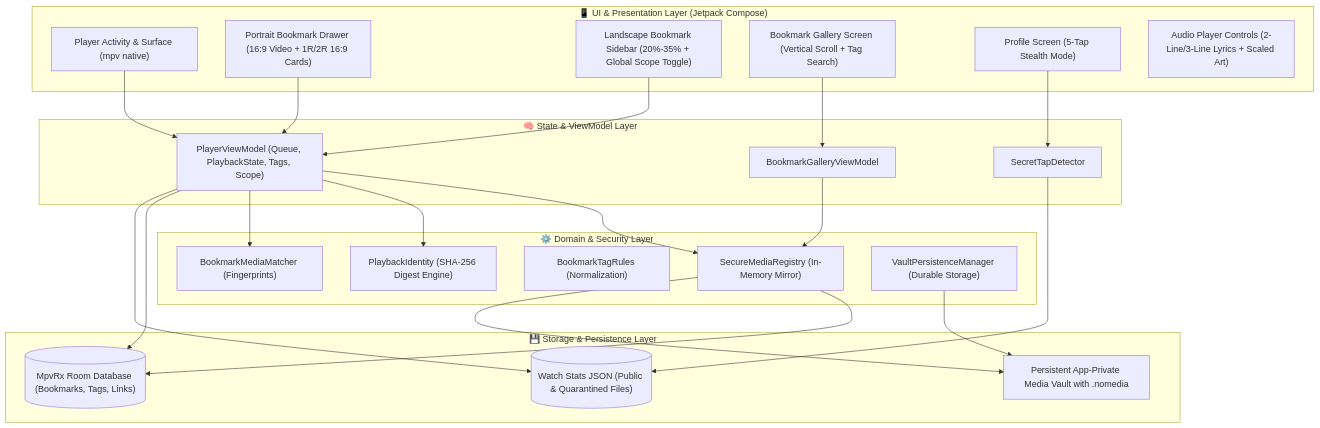
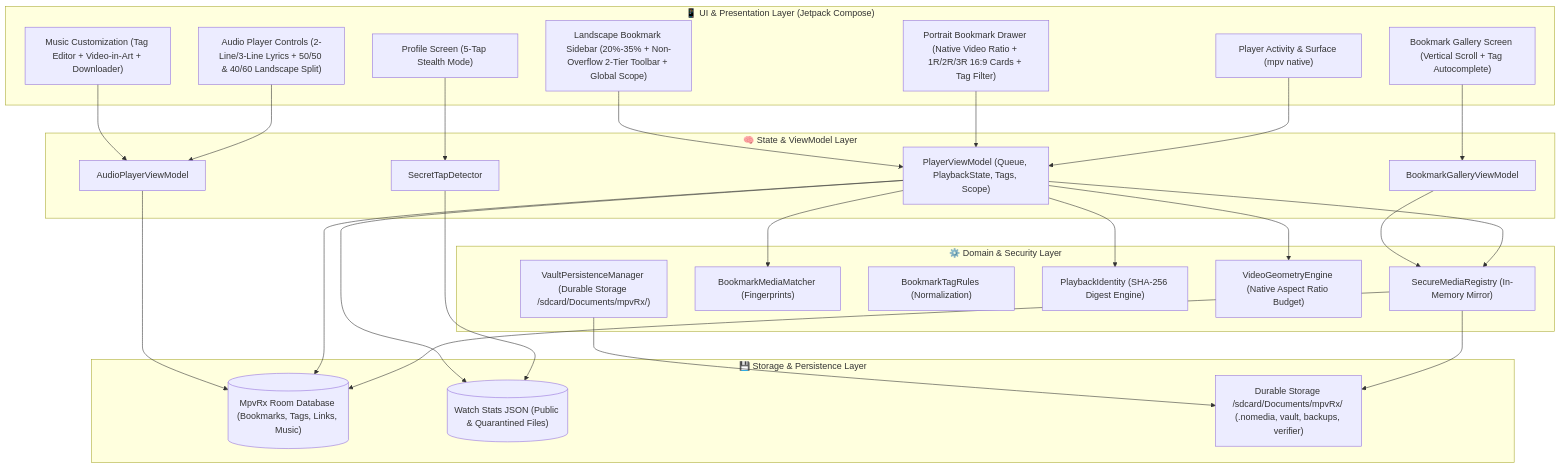
The first of 4 diagrams in docs/ARCHITECTURE.md (Mostakim2005/mpvRx), drawn with Mermaid before and after one commit. The commit also changed other lines of this file and 6 other files, not shown here.

Commit message:
docs: calibrate player geometry, persistent vault, and music customization blueprint

````diff
--- a/docs/ARCHITECTURE.md
+++ b/docs/ARCHITECTURE.md
@@ -6,49 +6,56 @@
 ```mermaid
 flowchart TB
     subgraph UI["📱 UI & Presentation Layer (Jetpack Compose)"]
         PlayerView["Player Activity & Surface (mpv native)"]
-        PortraitDrawer["Portrait Bookmark Drawer (16:9 Video + 1R/2R 16:9 Cards)"]
-        LandscapeSidebar["Landscape Bookmark Sidebar (20%-35% + Global Scope Toggle)"]
-        GalleryModal["Bookmark Gallery Screen (Vertical Scroll + Tag Search)"]
+        PortraitDrawer["Portrait Bookmark Drawer (Native Video Ratio + 1R/2R/3R 16:9 Cards + Tag Filter)"]
+        LandscapeSidebar["Landscape Bookmark Sidebar (20%-35% + Non-Overflow 2-Tier Toolbar + Global Scope)"]
+        GalleryModal["Bookmark Gallery Screen (Vertical Scroll + Tag Autocomplete)"]
         ProfileSec["Profile Screen (5-Tap Stealth Mode)"]
-        AudioUI["Audio Player Controls (2-Line/3-Line Lyrics + Scaled Art)"]
+        AudioUI["Audio Player Controls (2-Line/3-Line Lyrics + 50/50 & 40/60 Landscape Split)"]
+        MusicCustomUI["Music Customization (Tag Editor + Video-in-Art + Downloader)"]
     end
 
     subgraph State["🧠 State & ViewModel Layer"]
         PlayerVM["PlayerViewModel (Queue, PlaybackState, Tags, Scope)"]
         GalleryVM["BookmarkGalleryViewModel"]
+        AudioVM["AudioPlayerViewModel"]
         SecDetector["SecretTapDetector"]
     end
 
     subgraph Domain["⚙️ Domain & Security Layer"]
         Registry["SecureMediaRegistry (In-Memory Mirror)"]
         Matcher["BookmarkMediaMatcher (Fingerprints)"]
         TagRules["BookmarkTagRules (Normalization)"]
         Identity["PlaybackIdentity (SHA-256 Digest Engine)"]
-        Persistence["VaultPersistenceManager (Durable Storage)"]
+        Geometry["VideoGeometryEngine (Native Aspect Ratio Budget)"]
+        VaultPersistence["VaultPersistenceManager (Durable Storage /sdcard/Documents/mpvRx/)"]
     end
 
     subgraph Data["💾 Storage & Persistence Layer"]
-        RoomDB[("MpvRx Room Database (Bookmarks, Tags, Links)")]
+        RoomDB[("MpvRx Room Database (Bookmarks, Tags, Links, Music)")]
         WatchStats[("Watch Stats JSON (Public & Quarantined Files)")]
-        SecureVault["Persistent App-Private Media Vault with .nomedia"]
+        DurableVault["Durable Storage /sdcard/Documents/mpvRx/ (.nomedia, vault, backups, verifier)"]
     end
 
     PlayerView --> PlayerVM
     PortraitDrawer --> PlayerVM
     LandscapeSidebar --> PlayerVM
     GalleryModal --> GalleryVM
     ProfileSec --> SecDetector
+    AudioUI --> AudioVM
+    MusicCustomUI --> AudioVM
 
     PlayerVM --> Registry
     PlayerVM --> Identity
     PlayerVM --> Matcher
+    PlayerVM --> Geometry
     GalleryVM --> Registry
     SecDetector --> WatchStats
 
     Registry --> RoomDB
-    Registry --> SecureVault
-    Persistence --> SecureVault
+    Registry --> DurableVault
+    VaultPersistence --> DurableVault
     PlayerVM --> RoomDB
     PlayerVM --> WatchStats
+    AudioVM --> RoomDB
 ```
````
